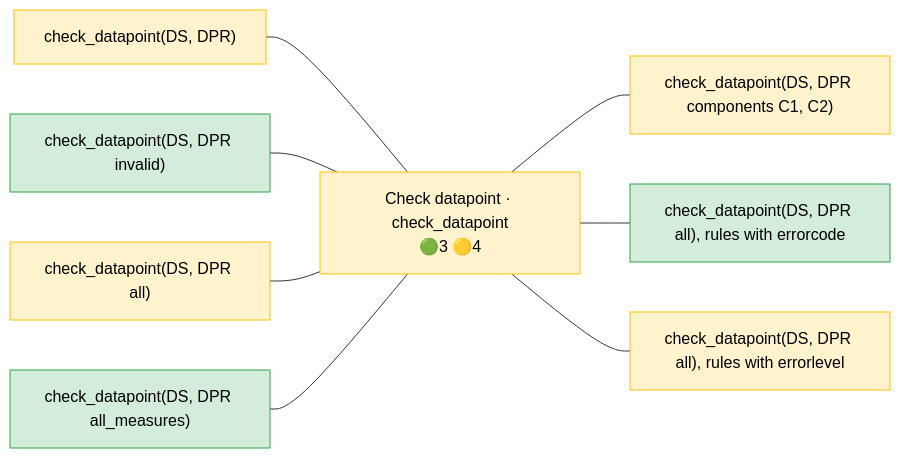
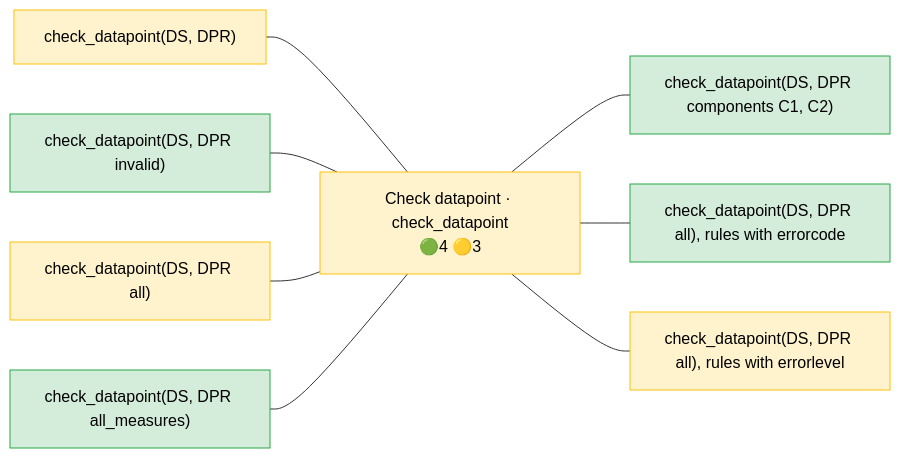
Before and after one commit to Meaningful-Data/vtlengine: the diagram in docs/operator_map/validation/check_datapoint.rst, drawn with Mermaid. The commit also changed other lines of this file and 140 other files, not shown here.

```diff
--- a/docs/operator_map/validation/check_datapoint.rst
+++ b/docs/operator_map/validation/check_datapoint.rst
@@ -17,33 +17,33 @@
 .. mermaid::
    :config: {"flowchart": {"useMaxWidth": false}}
 
    flowchart LR
        classDef ok fill:#d4edda,stroke:#28a745,color:#000
        classDef partial fill:#fff3cd,stroke:#ffc107,color:#000
        classDef refused fill:#d4edda,stroke:#28a745,stroke-width:3px,stroke-dasharray: 2 2,color:#000
        classDef missing fill:#f8d7da,stroke:#dc3545,color:#000
        classDef diverge fill:#cce5ff,stroke:#007bff,color:#000
        classDef block fill:#2b3a4a,stroke:#2b3a4a,color:#fff,font-weight:bold
        classDef ext fill:#fff,stroke:#666,color:#000,stroke-dasharray: 5 5
-       O["Check datapoint · check_datapoint<br/>🟢3 🟡4"]:::partial
+       O["Check datapoint · check_datapoint<br/>🟢4 🟡3"]:::partial
        v_output_default["check_datapoint(DS, DPR)"]:::partial
        v_invalid["check_datapoint(DS, DPR invalid)"]:::ok
        v_all["check_datapoint(DS, DPR all)"]:::partial
        v_all_measures["check_datapoint(DS, DPR all_measures)"]:::ok
-       v_components["check_datapoint(DS, DPR components C1, C2)"]:::partial
+       v_components["check_datapoint(DS, DPR components C1, C2)"]:::ok
        v_errorcode["check_datapoint(DS, DPR all), rules with errorcode"]:::ok
        v_errorlevel["check_datapoint(DS, DPR all), rules with errorlevel"]:::partial
        v_output_default --- O
        v_invalid --- O
        v_all --- O
        v_all_measures --- O
        O --- v_components
        O --- v_errorcode
        O --- v_errorlevel
        click v_output_default href "#form-output-default"
        click v_invalid href "#form-invalid"
        click v_all href "#form-all"
        click v_all_measures href "#form-all-measures"
        click v_components href "#form-components"
        click v_errorcode href "#form-errorcode"
        click v_errorlevel href "#form-errorlevel"
```
